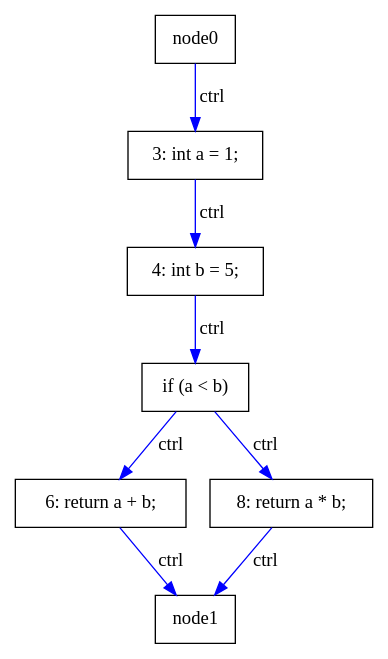
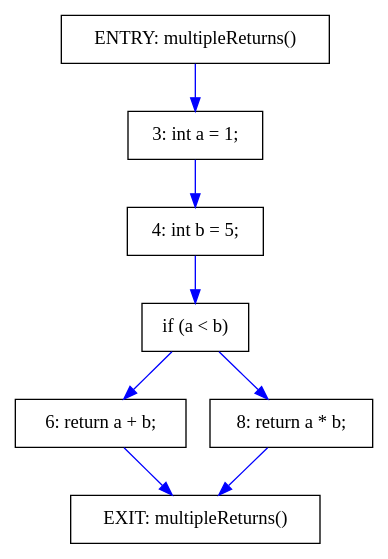
One commit to khaser/java-pdg changed the diagram in results/MultipleReturns.dot. Above: the diagram before and after it, drawn with Graphviz. The commit also changed 21 other files, not shown here.

```diff
--- a/results/MultipleReturns.dot
+++ b/results/MultipleReturns.dot
@@ -1,18 +1,20 @@
 digraph PDG {
   rankdir=TB;
   node [shape=box];
 
+  node0 [label="ENTRY: multipleReturns()"];
+  node1 [label="EXIT: multipleReturns()"];
   node2 [label="3: int a = 1;"];
   node3 [label="4: int b = 5;"];
   node4 [label="if (a < b)"];
   node5 [label="6: return a + b;"];
   node6 [label="8: return a * b;"];
 
-  node4 -> node5 [label="ctrl", color=blue];
-  node4 -> node6 [label="ctrl", color=blue];
-  node0 -> node2 [label="ctrl", color=blue];
-  node2 -> node3 [label="ctrl", color=blue];
-  node3 -> node4 [label="ctrl", color=blue];
-  node5 -> node1 [label="ctrl", color=blue];
-  node6 -> node1 [label="ctrl", color=blue];
+  node4 -> node5 [label="", color=blue];
+  node4 -> node6 [label="", color=blue];
+  node0 -> node2 [label="", color=blue];
+  node2 -> node3 [label="", color=blue];
+  node3 -> node4 [label="", color=blue];
+  node5 -> node1 [label="", color=blue];
+  node6 -> node1 [label="", color=blue];
 }
```
